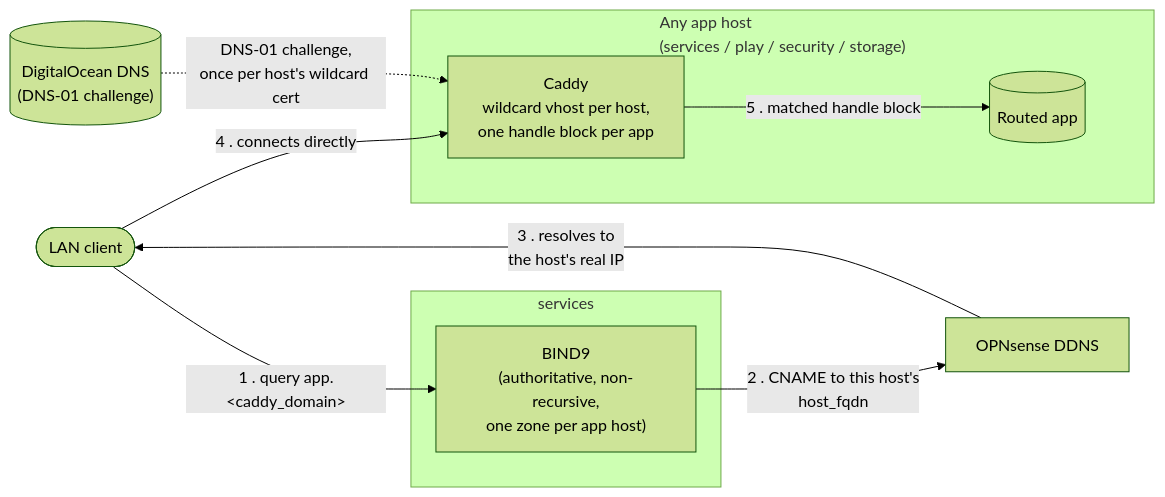
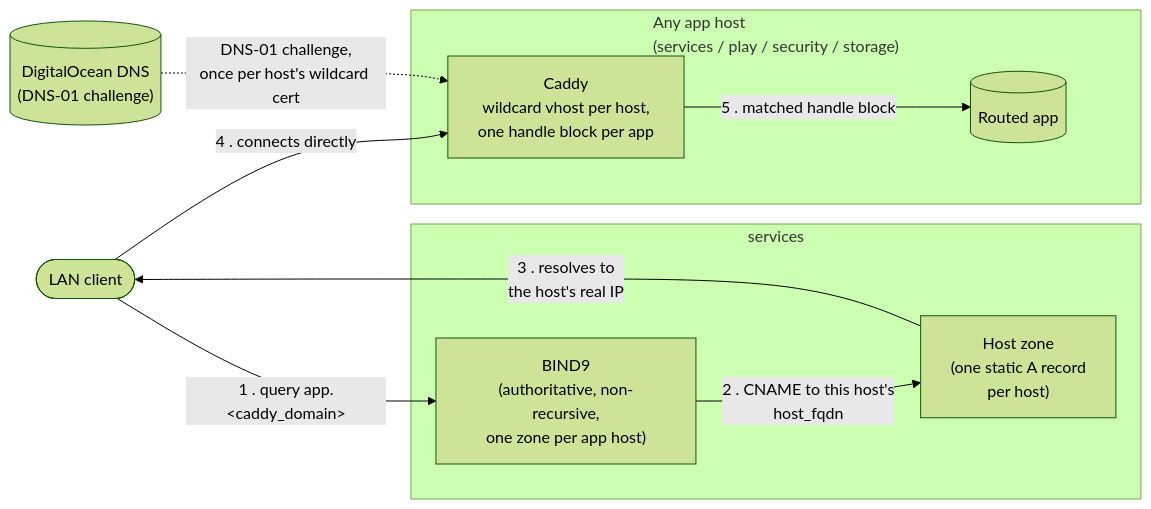
Before and after one commit to wenenhoe/homelab: the diagram in docs/architecture/reverse-proxy-and-dns.md, drawn with Mermaid (forest theme). The commit also changed other lines of this file and 4 other files, not shown here.

First line of the commit message:
docs: describe names served from the host zone, not registered by the gateway

````diff
--- a/docs/architecture/reverse-proxy-and-dns.md
+++ b/docs/architecture/reverse-proxy-and-dns.md
@@ -8,23 +8,23 @@
 ```mermaid
 flowchart LR
     client(["LAN client"])
 
     subgraph services["services"]
         bind9["BIND9<br/>(authoritative, non-recursive,<br/>one zone per app host)"]
+        hostzone["Host zone<br/>(one static A record<br/>per host)"]
     end
 
     subgraph anyhost["Any app host<br/>(services / play / security / storage)"]
         caddy["Caddy<br/>wildcard vhost per host,<br/>one handle block per app"]
         app[("Routed app")]
     end
 
-    ddns["OPNsense DDNS"]
     do[("DigitalOcean DNS<br/>(DNS-01 challenge)")]
 
     client -- "1 . query app.&lt;caddy_domain&gt;" --> bind9
-    bind9 -- "2 . CNAME to this host's<br/>host_fqdn" --> ddns
-    ddns -- "3 . resolves to<br/>the host's real IP" --> client
+    bind9 -- "2 . CNAME to this host's<br/>host_fqdn" --> hostzone
+    hostzone -- "3 . resolves to<br/>the host's real IP" --> client
     client -- "4 . connects directly" --> caddy
     caddy -- "5 . matched handle block" --> app
     do -. "DNS-01 challenge,<br/>once per host's wildcard cert" .-> caddy
 ```
````
